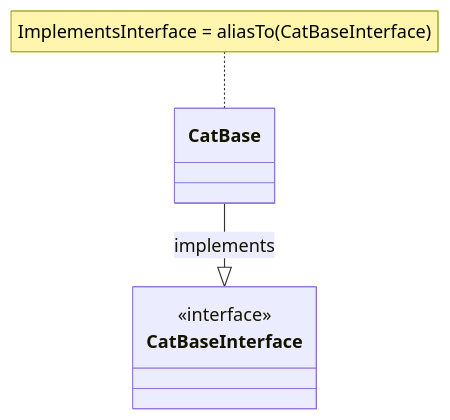
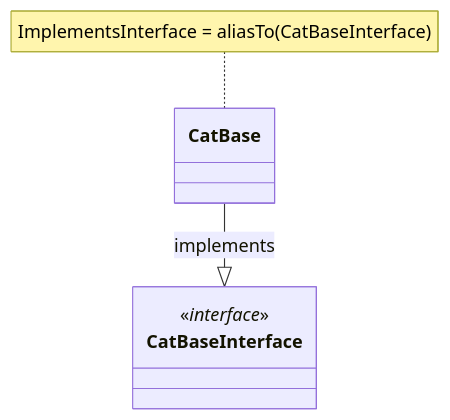
Before and after one commit to thecodecrate/python-pipeline: the fifth of 6 diagrams in tests/spec-001--class-composition-with-partial-classes.md, drawn with Mermaid. The commit also changed other lines of this file, not shown here.

````diff
--- a/tests/spec-001--class-composition-with-partial-classes.md
+++ b/tests/spec-001--class-composition-with-partial-classes.md
@@ -239,15 +239,15 @@
 ```mermaid
 classDiagram
     note for CatBase "ImplementsInterface = aliasTo(CatBaseInterface)"
 
     class CatBaseInterface {
-        <<interface>>
+        <<*interface*>>
         %% Empty interface
     }
 
     class CatBase {
         %% Empty class
     }
 
     CatBase --|> CatBaseInterface : implements
 ```
````
